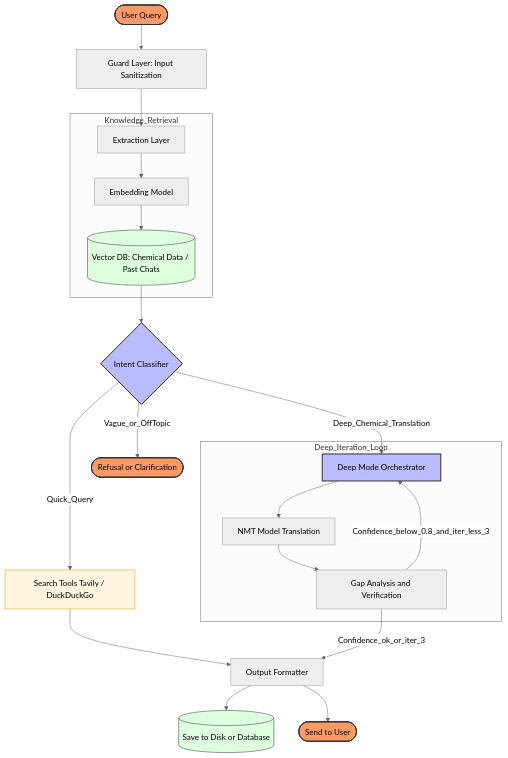
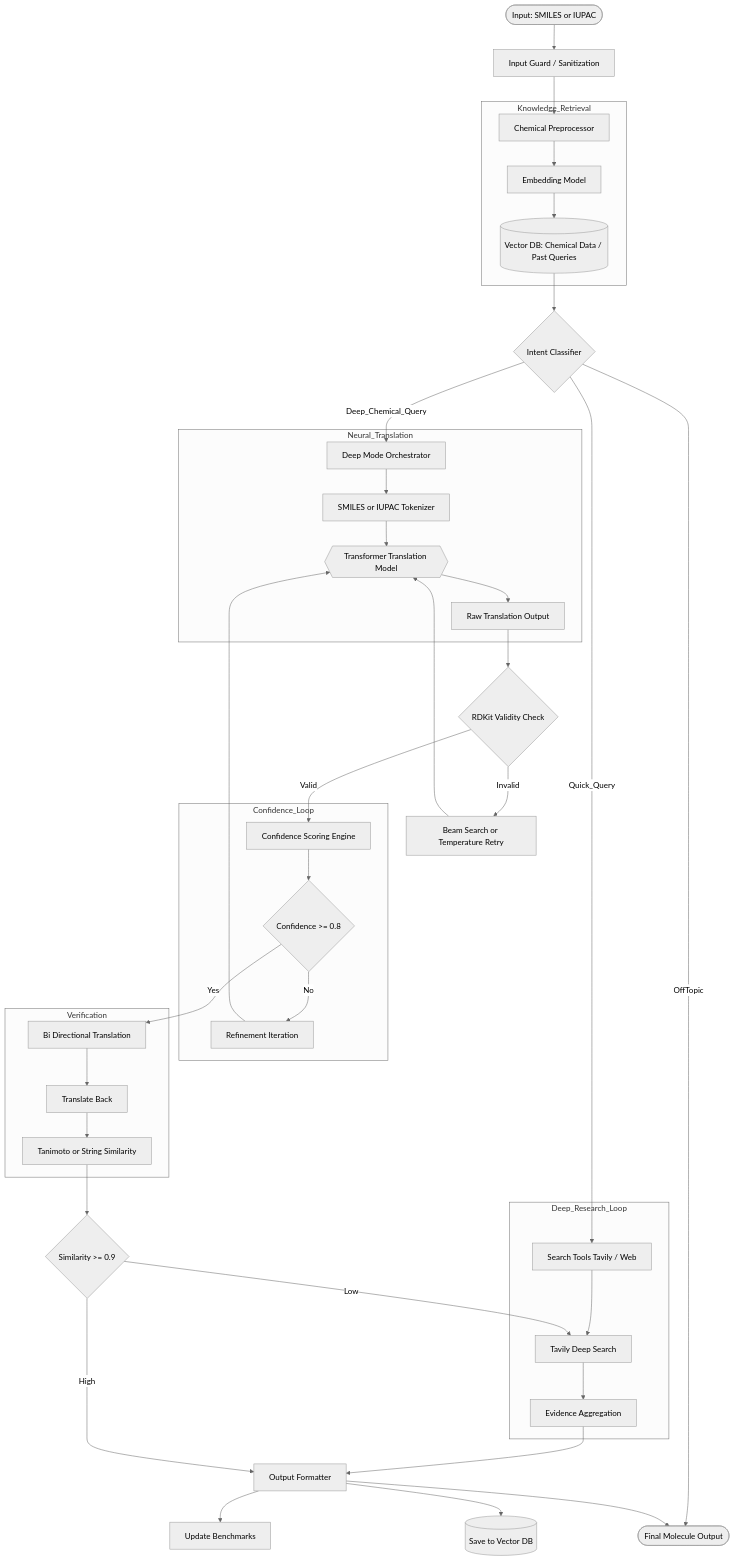
One commit to Sudiksha1107/GSOC-DeepChem changed the diagram in README.md. Above: the diagram before and after it, drawn with Mermaid (neutral theme).

Commit message:
Update flowchart in README with new processing steps

````diff
--- a/README.md
+++ b/README.md
@@ -1,44 +1,63 @@
 ```mermaid
 graph TD
 
-%% Node Styles
-classDef start_end fill:#f96,stroke:#333,stroke-width:2px;
-classDef vector_db fill:#dfd,stroke:#333,stroke-width:1px;
-classDef orchestrator fill:#bbf,stroke:#333,stroke-width:2px;
-classDef tools fill:#fff4dd,stroke:#d4a017,stroke-width:1px;
-
-Start([User Query]) --> Guard[Guard Layer: Input Sanitization]
-Guard --> Extract[Extraction Layer]
+Start([Input: SMILES or IUPAC]) --> Guard[Input Guard / Sanitization]
+Guard --> PreProc[Chemical Preprocessor]
 
 subgraph Knowledge_Retrieval
-    Extract --> Embed[Embedding Model]
-    Embed --> RAG[(Vector DB: Chemical Data / Past Chats)]
+    PreProc --> Embed[Embedding Model]
+    Embed --> Vector[(Vector DB: Chemical Data / Past Queries)]
 end
 
-RAG --> Classify{Intent Classifier}
+Vector --> Classify{Intent Classifier}
 
-Classify -- Vague_or_OffTopic --> End([Refusal or Clarification])
+Classify -- OffTopic --> End([Reject or Clarify])
 
-Classify -- Quick_Query --> Tools[Search Tools Tavily / DuckDuckGo]
+Classify -- Quick_Query --> Tools[Search Tools Tavily / Web]
 
-Classify -- Deep_Chemical_Translation --> Deep[Deep Mode Orchestrator]
+Classify -- Deep_Chemical_Query --> Deep[Deep Mode Orchestrator]
 
-subgraph Deep_Iteration_Loop
-    Deep --> Translation[NMT Model Translation]
-    Translation --> Gap[Gap Analysis and Verification]
-    Gap -- Confidence_below_0.8_and_iter_less_3 --> Deep
+subgraph Neural_Translation
+    Deep --> Tokenizer[SMILES or IUPAC Tokenizer]
+    Tokenizer --> Model{{Transformer Translation Model}}
+    Model --> RawOutput[Raw Translation Output]
 end
 
-Tools --> Formatter[Output Formatter]
+RawOutput --> Validity{RDKit Validity Check}
 
-Gap -- Confidence_ok_or_iter_3 --> Formatter
+Validity -- Invalid --> Retry[Beam Search or Temperature Retry]
+Retry --> Model
 
-Formatter --> Save[(Save to Disk or Database)]
+Validity -- Valid --> Confidence[Confidence Scoring Engine]
 
-Formatter --> User([Send to User])
+subgraph Confidence_Loop
+    Confidence --> Score{Confidence >= 0.8}
+    Score -- No --> Iterate[Refinement Iteration]
+    Iterate --> Model
+end
 
-class Start,End,User start_end
-class RAG,Save vector_db
-class Deep,Classify orchestrator
-class Tools tools
+Score -- Yes --> CrossCheck[Bi Directional Translation]
+
+subgraph Verification
+    CrossCheck --> Reverse[Translate Back]
+    Reverse --> Similarity[Tanimoto or String Similarity]
+end
+
+Similarity --> Verify{Similarity >= 0.9}
+
+subgraph Deep_Research_Loop
+    Tools --> Research[Tavily Deep Search]
+    Research --> Evidence[Evidence Aggregation]
+end
+
+Verify -- Low --> Research
+Evidence --> Formatter
+
+Verify -- High --> Formatter
+
+Formatter[Output Formatter]
+
+Formatter --> Metrics[Update Benchmarks]
+Formatter --> Memory[(Save to Vector DB)]
+Formatter --> End([Final Molecule Output])
 ```
````
